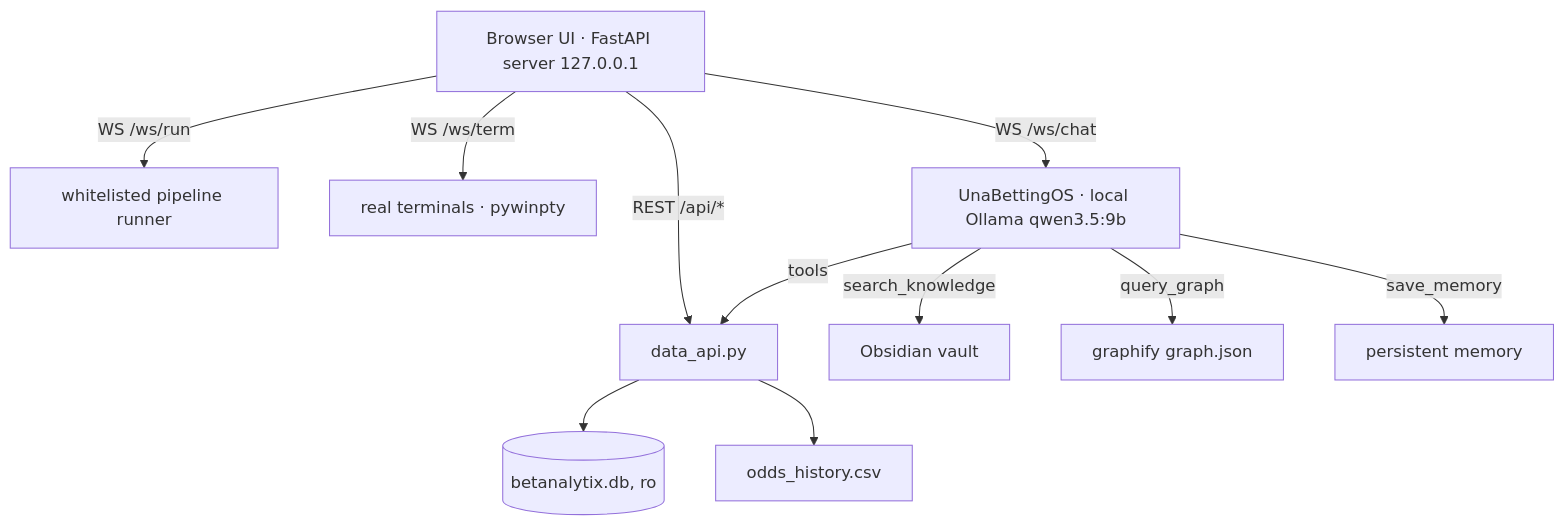
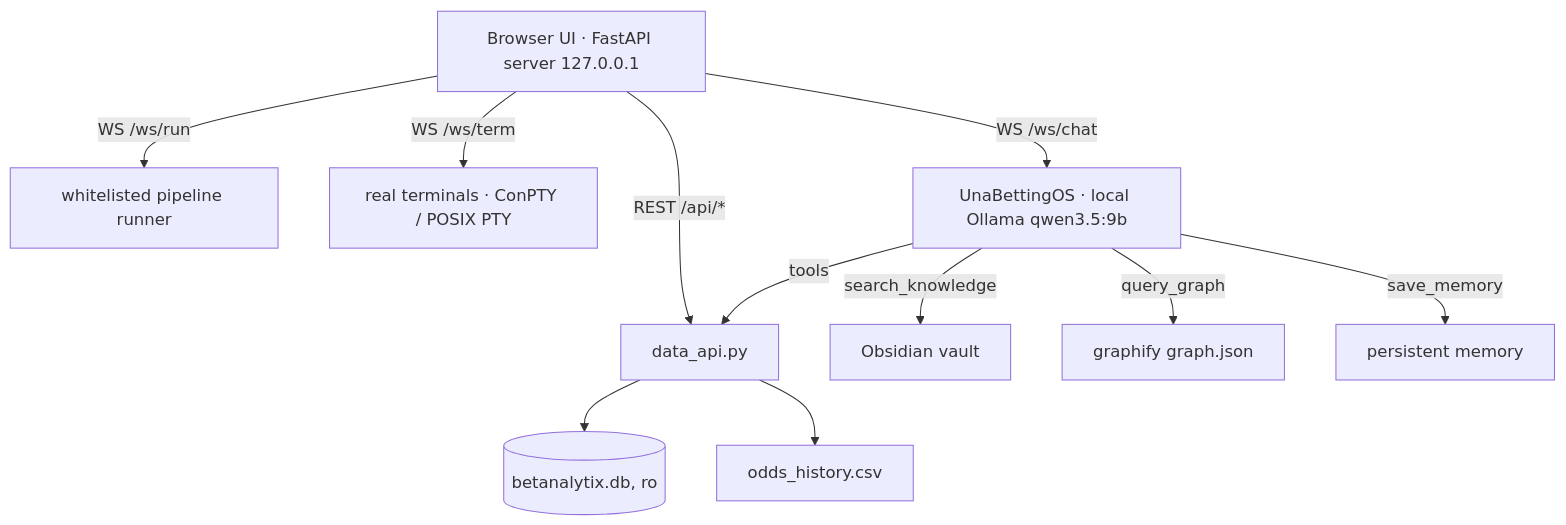
One commit to SandroHub013/UnaBetting changed the second of 3 diagrams in README.md. Above: the diagram before and after it, drawn with Mermaid. The commit also changed 5 other files, not shown here.

Commit message:
fix(dashboard): support POSIX terminals (#41)

````diff
--- a/README.md
+++ b/README.md
@@ -60,13 +60,13 @@
 ```mermaid
 flowchart TD
   UI[Browser UI · FastAPI server 127.0.0.1] -->|REST /api/*| API[data_api.py]
   UI -->|WS /ws/run| RUN[whitelisted pipeline runner]
-  UI -->|WS /ws/term| TERM[real terminals · pywinpty]
+  UI -->|WS /ws/term| TERM[real terminals · ConPTY / POSIX PTY]
   UI -->|WS /ws/chat| OS[UnaBettingOS · local Ollama qwen3.5:9b]
   API --> DB[(betanalytix.db, ro)]
   API --> ODDS[odds_history.csv]
   OS -->|tools| API
   OS -->|search_knowledge| VAULT[Obsidian vault]
   OS -->|query_graph| GRAPH[graphify graph.json]
   OS -->|save_memory| MEM[persistent memory]
 ```
````
